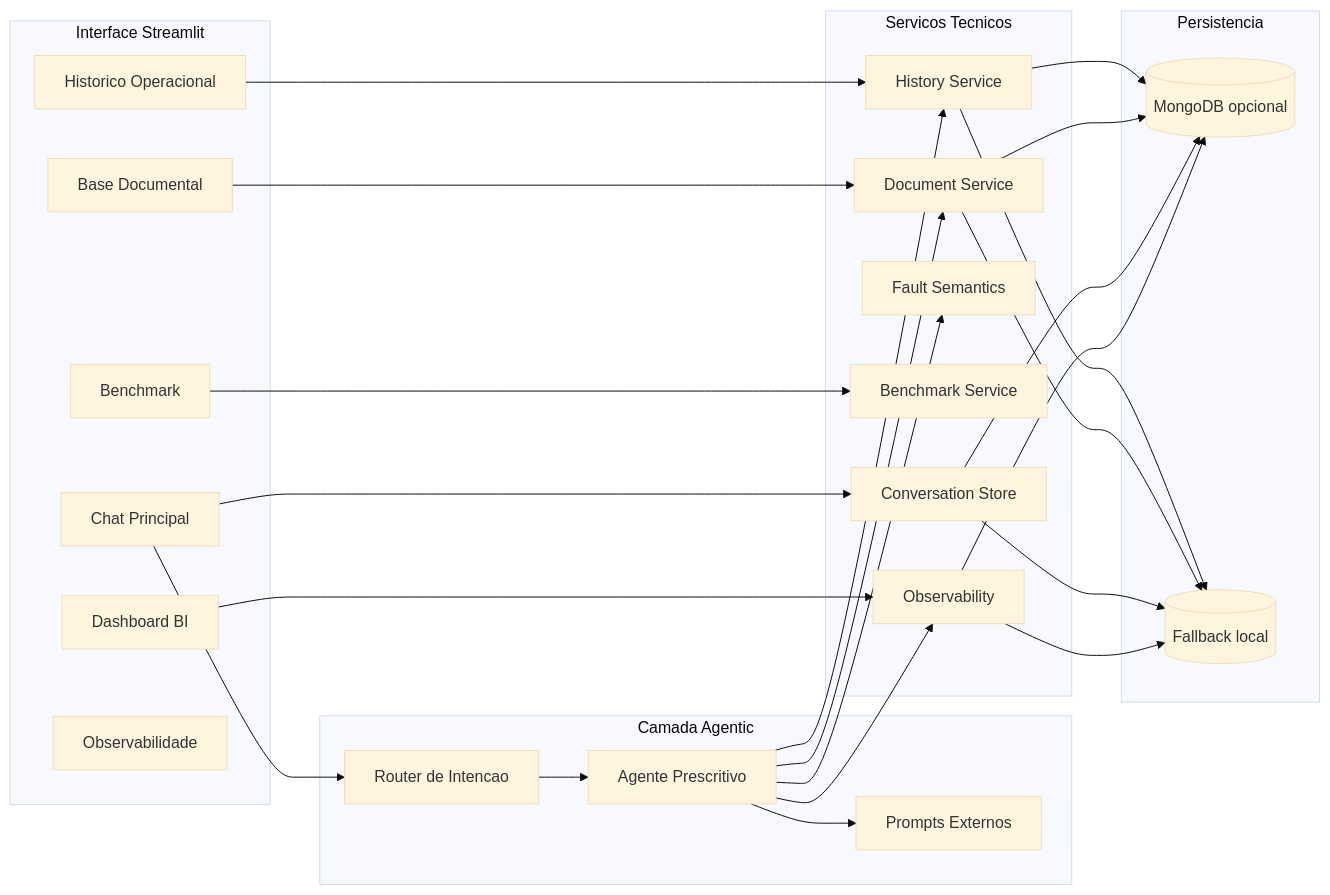
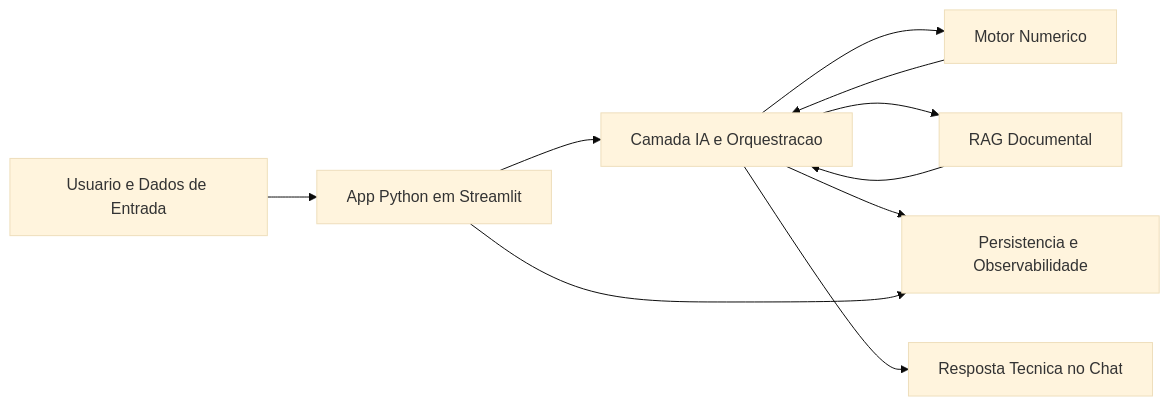
Before and after one commit to gufsousa/manutencao-prescritiva: the diagram in README.md, drawn with Mermaid (base theme). The commit also changed other lines of this file and 16 other files, not shown here.

Commit message:
feat refine MVP architecture docs and benchmark pipeline

````diff
--- a/README.md
+++ b/README.md
@@ -52,52 +96,20 @@
 ```mermaid
 graph LR
-    subgraph "Interface Streamlit"
-        A[Chat Principal]
-        B[Dashboard BI]
-        C[Base Documental]
-        D[Historico Operacional]
-        E[Benchmark]
-        F[Observabilidade]
-    end
+    A[Usuario e Dados de Entrada]
+    B[App Python em Streamlit]
+    C[Camada IA e Orquestracao]
+    D[Motor Numerico]
+    E[RAG Documental]
+    F[Persistencia e Observabilidade]
+    G[Resposta Tecnica no Chat]
 
-    subgraph "Camada Agentic"
-        G[Router de Intencao]
-        H[Agente Prescritivo]
-        I[Prompts Externos]
-    end
-
-    subgraph "Servicos Tecnicos"
-        J[History Service]
-        K[Document Service]
-        L[Fault Semantics]
-        M[Benchmark Service]
-        N[Conversation Store]
-        O[Observability]
-    end
-
-    subgraph "Persistencia"
-        P[(MongoDB opcional)]
-        Q[(Fallback local)]
-    end
-
-    A --> G
-    G --> H
-    H --> I
-    H --> J
-    H --> K
-    H --> L
-    H --> O
-    B --> O
-    C --> K
-    D --> J
-    E --> M
-    A --> N
-    J --> P
-    K --> P
-    N --> P
-    O --> P
-    J --> Q
-    K --> Q
-    N --> Q
-    O --> Q
+    A --> B
+    B --> C
+    C --> D
+    C --> E
+    D --> C
+    E --> C
+    C --> F
+    B --> F
+    C --> G
 ```
````
